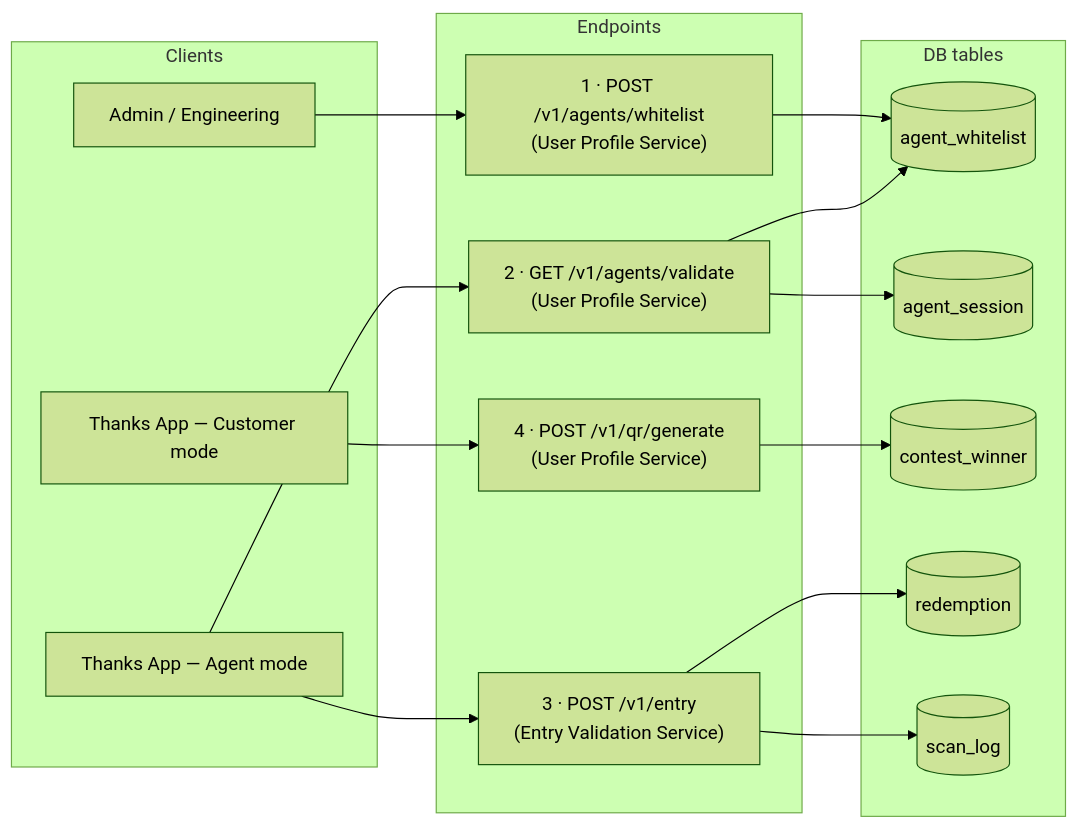
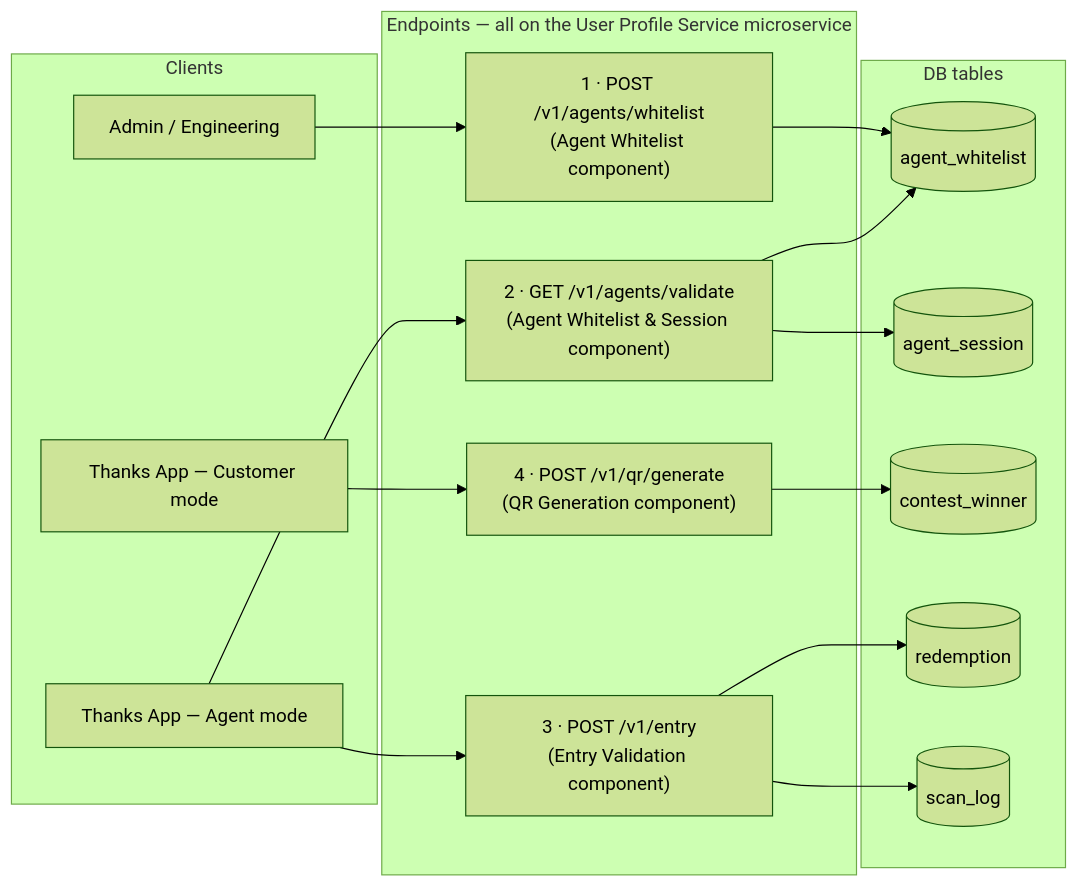
Before and after one commit to Amitpawar503/lazzy: the third of 15 diagrams in docs/digital-membership/03-hld.md, drawn with Mermaid (forest theme). The commit also changed other lines of this file and 1 other file, not shown here.

First line of the commit message:
docs: model backend as one User Profile Service microservice with internal components

````diff
--- a/docs/digital-membership/03-hld.md
+++ b/docs/digital-membership/03-hld.md
@@ -122,30 +127,30 @@
 ```mermaid
 flowchart LR
   subgraph Clients
     ADMIN[Admin / Engineering]
     ACUST[Thanks App — Customer mode]
     AAGENT[Thanks App — Agent mode]
   end
 
-  subgraph Endpoints
-    A1["1 · POST /v1/agents/whitelist\n(User Profile Service)"]
-    A2["2 · GET /v1/agents/validate\n(User Profile Service)"]
-    A3["3 · POST /v1/entry\n(Entry Validation Service)"]
-    A4["4 · POST /v1/qr/generate\n(User Profile Service)"]
+  subgraph Endpoints["Endpoints — all on the User Profile Service microservice"]
+    A1["1 · POST /v1/agents/whitelist\n(Agent Whitelist component)"]
+    A2["2 · GET /v1/agents/validate\n(Agent Whitelist & Session component)"]
+    A3["3 · POST /v1/entry\n(Entry Validation component)"]
+    A4["4 · POST /v1/qr/generate\n(QR Generation component)"]
   end
 
   subgraph Data["DB tables"]
     WL[(agent_whitelist)]
     ASESS[(agent_session)]
     CW[(contest_winner)]
     RDM[(redemption)]
     LOG[(scan_log)]
   end
 
   ADMIN --> A1 --> WL
   AAGENT --> A2 --> WL
   A2 --> ASESS
   ACUST --> A4 --> CW
   AAGENT --> A3 --> RDM
   A3 --> LOG
 ```
````
